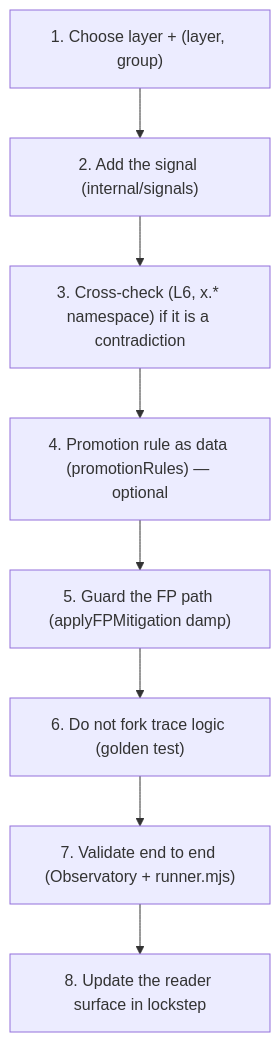
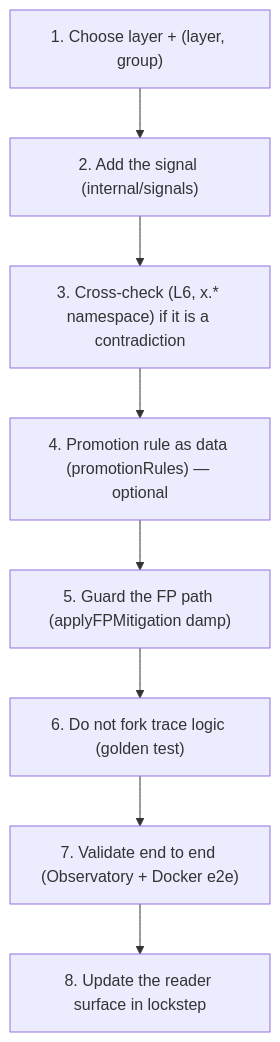
Before and after one commit to modootoday/humanymous: the diagram in docs/how-to/extend-detection.md, drawn with Mermaid. The commit also changed other lines of this file and 166 other files, not shown here.

````diff
--- a/docs/how-to/extend-detection.md
+++ b/docs/how-to/extend-detection.md
@@ -13,10 +13,10 @@
 ```mermaid
 flowchart TD
   S1["1. Choose layer + (layer, group)"] --> S2["2. Add the signal (internal/signals)"]
   S2 --> S3["3. Cross-check (L6, x.* namespace) if it is a contradiction"]
   S3 --> S4["4. Promotion rule as data (promotionRules) — optional"]
   S4 --> S5["5. Guard the FP path (applyFPMitigation damp)"]
   S5 --> S6["6. Do not fork trace logic (golden test)"]
-  S6 --> S7["7. Validate end to end (Observatory + runner.mjs)"]
+  S6 --> S7["7. Validate end to end (Observatory + Docker e2e)"]
   S7 --> S8["8. Update the reader surface in lockstep"]
 ```
````
